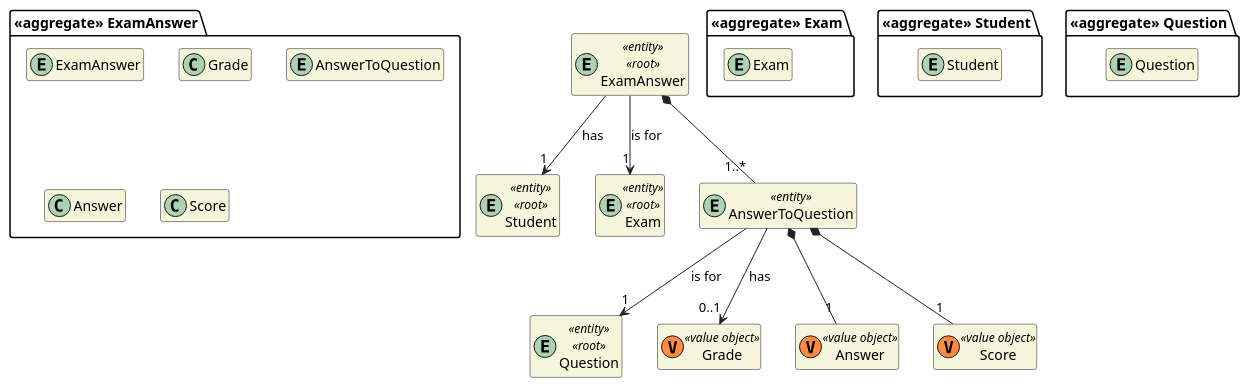
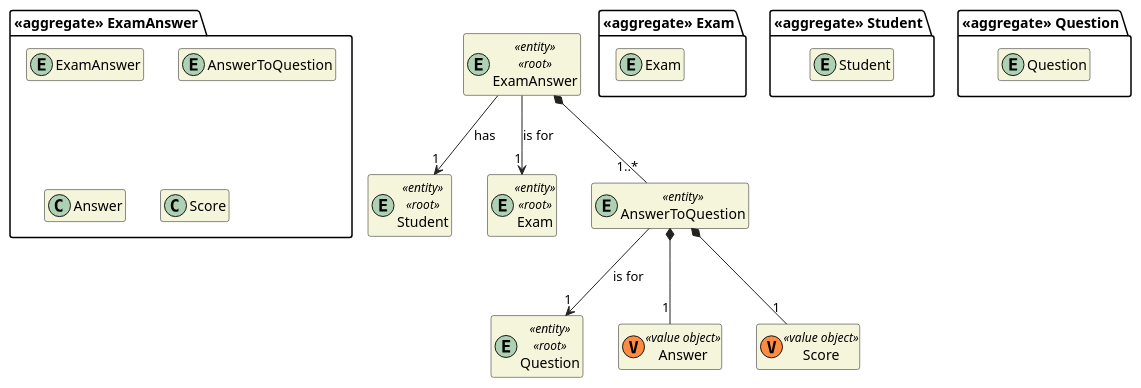
The diagram in docs/dm/DM_ExamAnswer.puml (miseEnPlace-dev/lapr4), drawn with PlantUML before and after one commit. The commit also changed 18 other files, not shown here.

Commit message:
fix: removed grade from exam answer question (#57)

```diff
--- a/docs/dm/DM_ExamAnswer.puml
+++ b/docs/dm/DM_ExamAnswer.puml
@@ -1,57 +1,53 @@
 @startuml DM-EXAM-ANSWER
 'https://plantuml.com/class-diagram
 
 skinparam classAttributeIconSize 0
 hide empty attributes
 hide empty methods
 skinparam classBackgroundColor beige
 skinparam ArrowColor #222222
 
 package "<<aggregate>> Exam" {
   entity Exam
 }
 
 package "<<aggregate>> Student" {
   entity Student
 }
 
 entity Student <<entity>> <<root>> {
 }
 
 package "<<aggregate>> Question" {
   entity Question
 }
 
 entity Question <<entity>> <<root>> {
 }
 
 package "<<aggregate>> ExamAnswer" {
   entity ExamAnswer
 
-  class Grade
-
   entity AnswerToQuestion
   class Answer
   class Score
 }
 
 entity ExamAnswer <<entity>> <<root>> {}
 
-class Grade <<(V,#FF8B40) value object>> {}
 class Answer <<(V,#FF8B40) value object>> {}
 class Score <<(V,#FF8B40) value object>> {}
 
 entity Exam <<entity>> <<root>> {}
 entity AnswerToQuestion <<entity>> {}
 
 ExamAnswer --> "1" Student : has
 ExamAnswer --> "1" Exam : is for
-AnswerToQuestion --> "0..1" Grade : has
 
 AnswerToQuestion --> "1" Question : is for
 AnswerToQuestion *-- "1" Answer
 AnswerToQuestion *-- "1" Score
 
 ExamAnswer *-- "1..*" AnswerToQuestion
 
 @enduml
```
